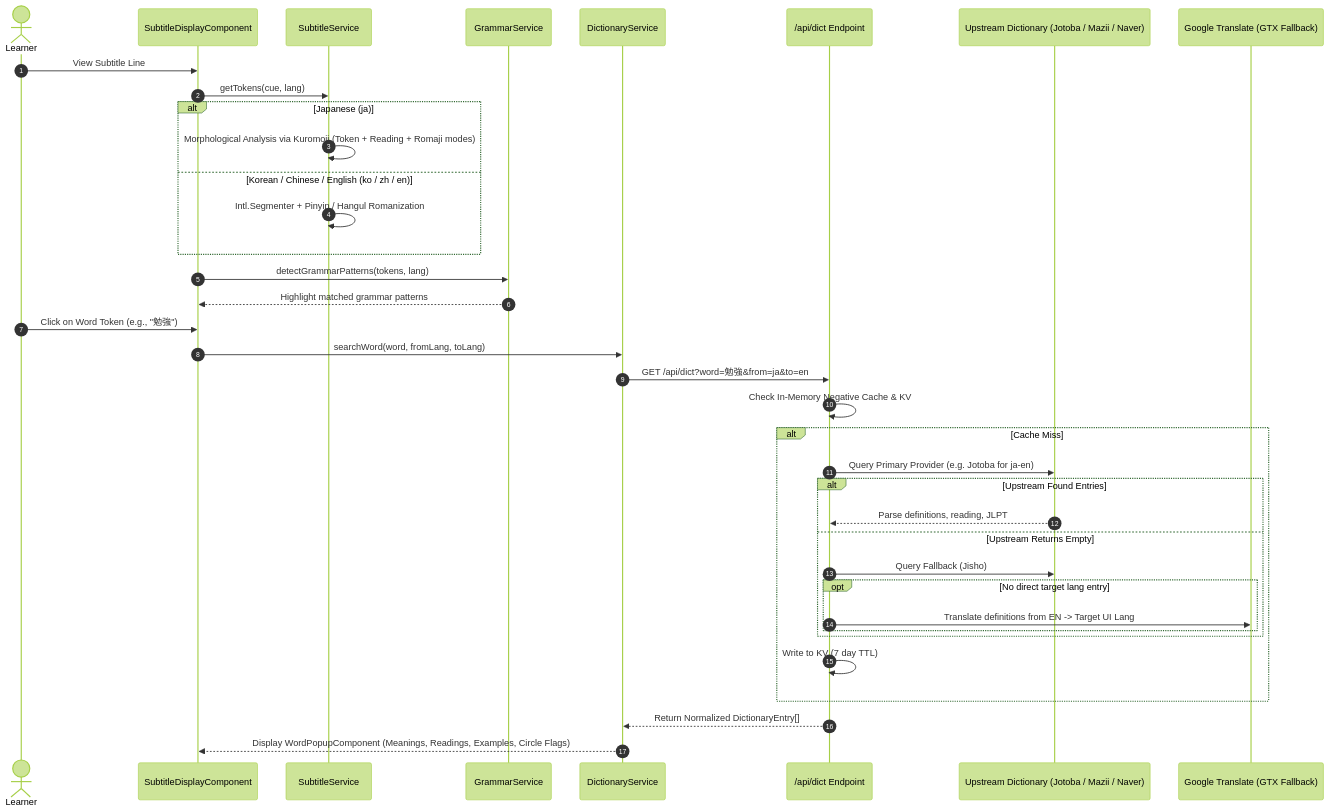
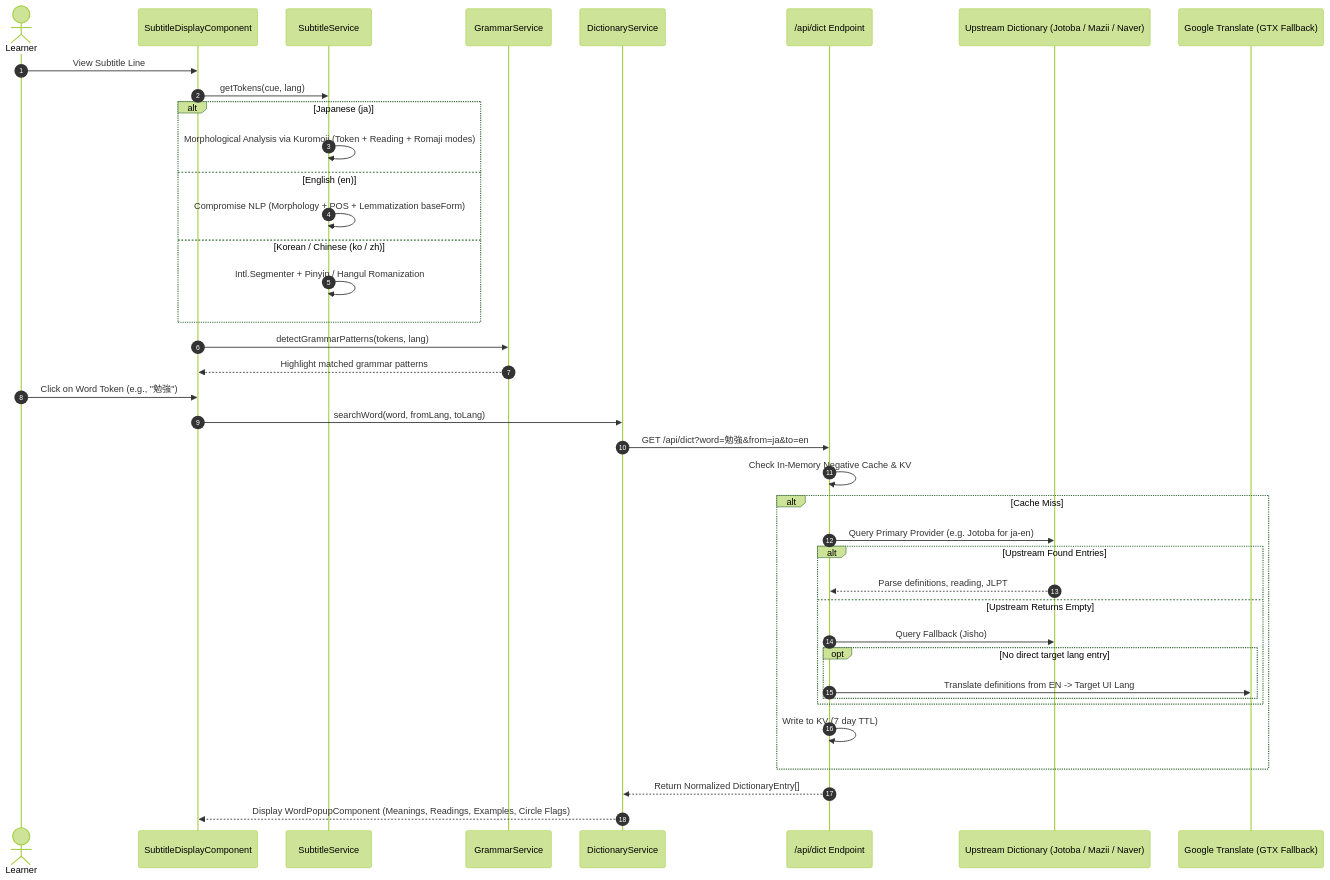
One commit to ghuyphan/LinguaTube changed the fourth of 9 diagrams in doc/map.md. Above: the diagram before and after it, drawn with Mermaid (forest theme). The commit also changed 13 other files, not shown here.

Commit message:
feat(english): integrate Compromise NLP for morphological tokenization, POS tagging, and precision CEFR grammar

````diff
--- a/doc/map.md
+++ b/doc/map.md
@@ -226,41 +226,43 @@
 ```mermaid
 sequenceDiagram
     autonumber
     actor Learner
     participant SubDisplay as SubtitleDisplayComponent
     participant SubService as SubtitleService
     participant Grammar as GrammarService
     participant DictService as DictionaryService
     participant DictAPI as /api/dict Endpoint
     participant Upstream as Upstream Dictionary (Jotoba / Mazii / Naver)
     participant GTX as Google Translate (GTX Fallback)
 
     Learner->>SubDisplay: View Subtitle Line
     SubDisplay->>SubService: getTokens(cue, lang)
     alt Japanese (ja)
         SubService->>SubService: Morphological Analysis via Kuromoji (Token + Reading + Romaji modes)
-    else Korean / Chinese / English (ko / zh / en)
+    else English (en)
+        SubService->>SubService: Compromise NLP (Morphology + POS + Lemmatization baseForm)
+    else Korean / Chinese (ko / zh)
         SubService->>SubService: Intl.Segmenter + Pinyin / Hangul Romanization
     end
     SubDisplay->>Grammar: detectGrammarPatterns(tokens, lang)
     Grammar-->>SubDisplay: Highlight matched grammar patterns
     
     Learner->>SubDisplay: Click on Word Token (e.g., "勉強")
     SubDisplay->>DictService: searchWord(word, fromLang, toLang)
     DictService->>DictAPI: GET /api/dict?word=勉強&from=ja&to=en
     DictAPI->>DictAPI: Check In-Memory Negative Cache & KV
     alt Cache Miss
         DictAPI->>Upstream: Query Primary Provider (e.g. Jotoba for ja-en)
         alt Upstream Found Entries
             Upstream-->>DictAPI: Parse definitions, reading, JLPT
         else Upstream Returns Empty
             DictAPI->>Upstream: Query Fallback (Jisho)
             opt No direct target lang entry
                 DictAPI->>GTX: Translate definitions from EN -> Target UI Lang
             end
         end
         DictAPI->>DictAPI: Write to KV (7 day TTL)
     end
     DictAPI-->>DictService: Return Normalized DictionaryEntry[]
     DictService-->>SubDisplay: Display WordPopupComponent (Meanings, Readings, Examples, Circle Flags)
 ```
````
